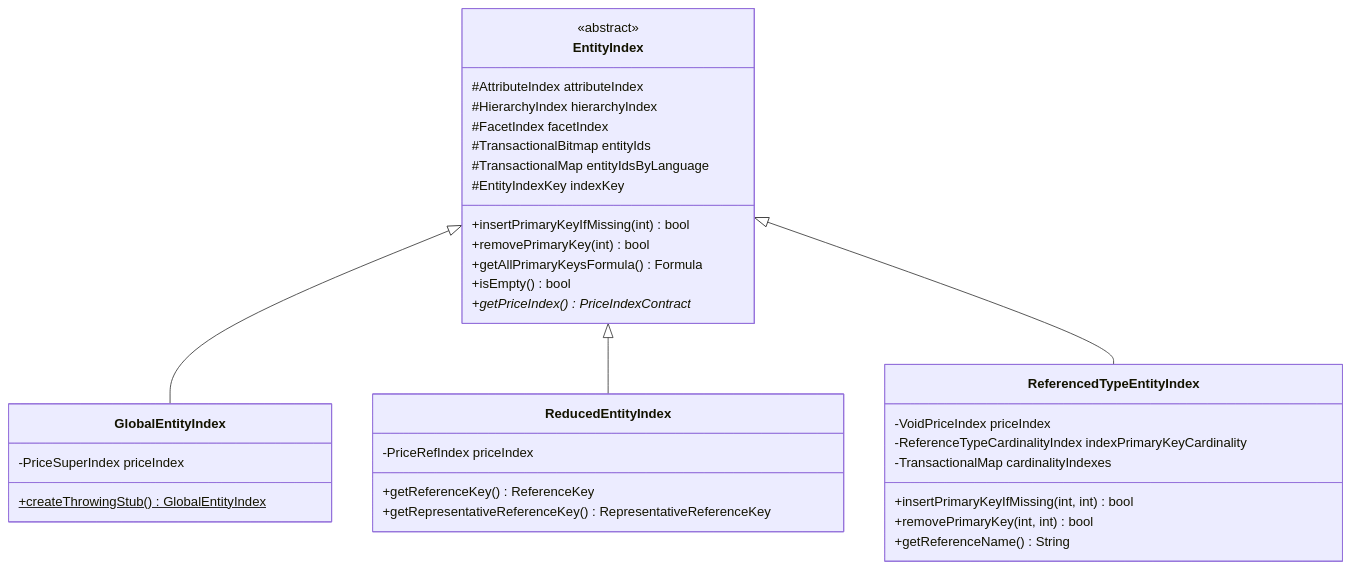
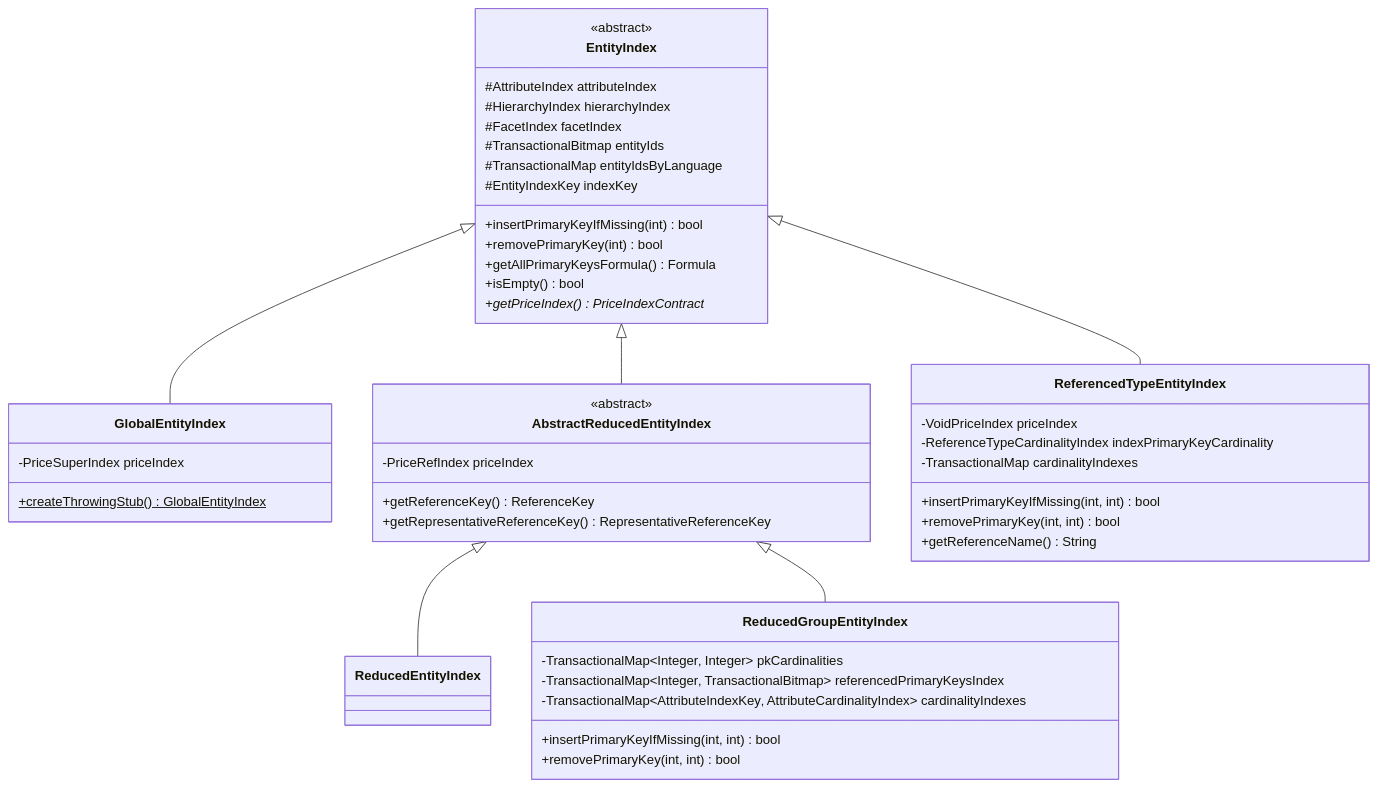
The diagram in documentation/developer/indexes/index-hierarchy.md (FgForrest/evitaDB), drawn with Mermaid before and after one commit. The commit also changed other lines of this file and 859 other files, not shown here.

````diff
--- a/documentation/developer/indexes/index-hierarchy.md
+++ b/documentation/developer/indexes/index-hierarchy.md
@@ -211,41 +234,55 @@
 ```mermaid
 classDiagram
     class EntityIndex {
         <<abstract>>
         #AttributeIndex attributeIndex
         #HierarchyIndex hierarchyIndex
         #FacetIndex facetIndex
         #TransactionalBitmap entityIds
         #TransactionalMap entityIdsByLanguage
         #EntityIndexKey indexKey
         +insertPrimaryKeyIfMissing(int) bool
         +removePrimaryKey(int) bool
         +getAllPrimaryKeysFormula() Formula
         +isEmpty() bool
         +getPriceIndex()* PriceIndexContract
     }
 
     class GlobalEntityIndex {
         -PriceSuperIndex priceIndex
         +createThrowingStub()$ GlobalEntityIndex
     }
 
-    class ReducedEntityIndex {
+    class AbstractReducedEntityIndex {
+        <<abstract>>
         -PriceRefIndex priceIndex
         +getReferenceKey() ReferenceKey
         +getRepresentativeReferenceKey() RepresentativeReferenceKey
+    }
+
+    class ReducedEntityIndex {
+    }
+
+    class ReducedGroupEntityIndex {
+        -TransactionalMap~Integer‚ Integer~ pkCardinalities
+        -TransactionalMap~Integer‚ TransactionalBitmap~ referencedPrimaryKeysIndex
+        -TransactionalMap~AttributeIndexKey‚ AttributeCardinalityIndex~ cardinalityIndexes
+        +insertPrimaryKeyIfMissing(int, int) bool
+        +removePrimaryKey(int, int) bool
     }
 
     class ReferencedTypeEntityIndex {
         -VoidPriceIndex priceIndex
         -ReferenceTypeCardinalityIndex indexPrimaryKeyCardinality
         -TransactionalMap cardinalityIndexes
         +insertPrimaryKeyIfMissing(int, int) bool
         +removePrimaryKey(int, int) bool
         +getReferenceName() String
     }
 
     EntityIndex <|-- GlobalEntityIndex
-    EntityIndex <|-- ReducedEntityIndex
+    EntityIndex <|-- AbstractReducedEntityIndex
     EntityIndex <|-- ReferencedTypeEntityIndex
+    AbstractReducedEntityIndex <|-- ReducedEntityIndex
+    AbstractReducedEntityIndex <|-- ReducedGroupEntityIndex
 ```
````
